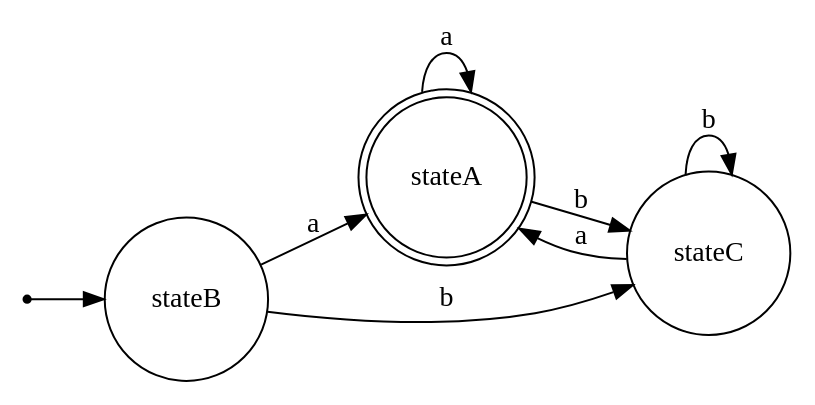
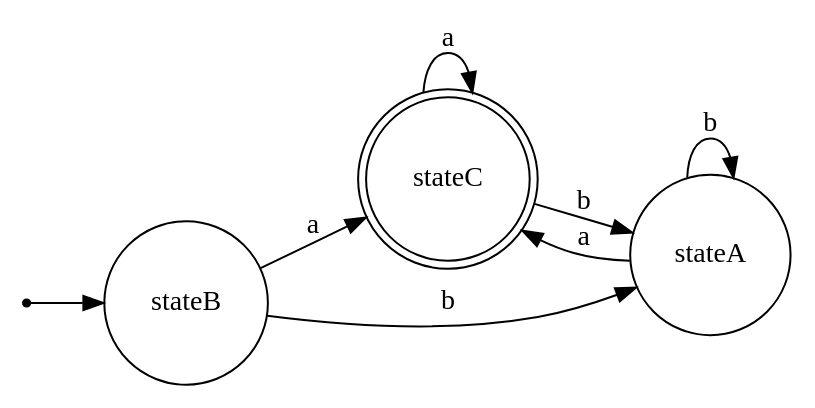
One commit to evgkaptsov/SCI19-3912-Project1-2-Group-17 changed the diagram in data/jsonNFA1.dot. Above: the diagram before and after it, drawn with Graphviz. The commit also changed 11 other files, not shown here.

Commit message:
added Graphviz display function

```diff
--- a/data/jsonNFA1.dot
+++ b/data/jsonNFA1.dot
@@ -1,13 +1,13 @@
 digraph DFA {
     rankdir=LR;
-    node [shape = doublecircle]; stateA ;
+    node [shape = doublecircle]; stateC ;
     node [shape = circle];
     start [shape=point];
     start -> stateB;
-    stateB -> stateA [label="a"];
-    stateB -> stateC [label="b"];
-    stateC -> stateA [label="a"];
-    stateC -> stateC [label="b"];
-    stateA -> stateA [label="a"];
-    stateA -> stateC [label="b"];
+    stateB -> stateC [label="a"];
+    stateB -> stateA [label="b"];
+    stateA -> stateC [label="a"];
+    stateA -> stateA [label="b"];
+    stateC -> stateC [label="a"];
+    stateC -> stateA [label="b"];
 }
```
